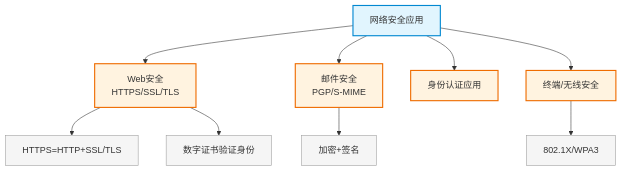
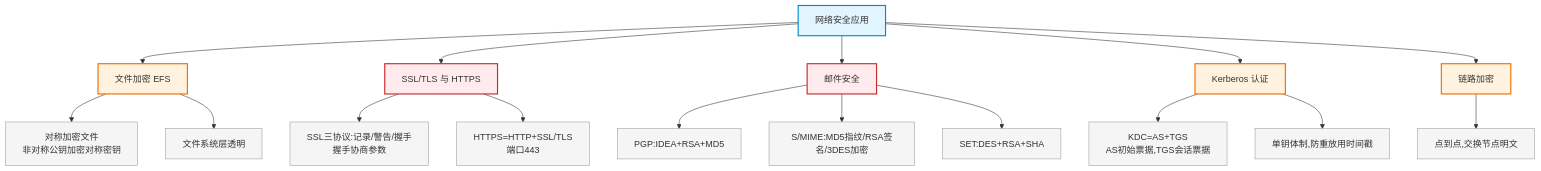
Before and after one commit to silverbulle/Network_Planning_and_Design: the diagram in network-security/23_security_applications.md, drawn with Mermaid. The commit also changed other lines of this file and 2 other files, not shown here.

````diff
--- a/network-security/23_security_applications.md
+++ b/network-security/23_security_applications.md
@@ -9,22 +8,40 @@
 ```mermaid
 flowchart TD
-    A["网络安全应用"] --> B["Web安全<br>HTTPS/SSL/TLS"]
-    A --> C["邮件安全<br>PGP/S-MIME"]
-    A --> D["身份认证应用"]
-    A --> E["终端/无线安全"]
+    A["网络安全应用"] --> B["文件加密 EFS"]
+    A --> C["SSL/TLS 与 HTTPS"]
+    A --> D["邮件安全"]
+    A --> E["Kerberos 认证"]
+    A --> F["链路加密"]
 
-    B --> B1["HTTPS=HTTP+SSL/TLS"]
-    B --> B2["数字证书验证身份"]
-    C --> C1["加密+签名"]
-    E --> E1["802.1X/WPA3"]
+    B --> B1["对称加密文件<br>非对称公钥加密对称密钥"]
+    B --> B2["文件系统层透明"]
+
+    C --> C1["SSL三协议:记录/警告/握手<br>握手协商参数"]
+    C --> C2["HTTPS=HTTP+SSL/TLS<br>端口443"]
+
+    D --> D1["PGP:IDEA+RSA+MD5"]
+    D --> D2["S/MIME:MD5指纹/RSA签名/3DES加密"]
+    D --> D3["SET:DES+RSA+SHA"]
+
+    E --> E1["KDC=AS+TGS<br>AS初始票据,TGS会话票据"]
+    E --> E2["单钥体制,防重放用时间戳"]
+
+    F --> F1["点到点,交换节点明文"]
 
     style A fill:#e1f5fe,stroke:#0288d1,stroke-width:2px
     style B fill:#fff3e0,stroke:#ef6c00,stroke-width:2px
-    style C fill:#fff3e0,stroke:#ef6c00,stroke-width:2px
-    style D fill:#fff3e0,stroke:#ef6c00,stroke-width:2px
+    style C fill:#ffebee,stroke:#c62828,stroke-width:2px
+    style D fill:#ffebee,stroke:#c62828,stroke-width:2px
     style E fill:#fff3e0,stroke:#ef6c00,stroke-width:2px
+    style F fill:#fff3e0,stroke:#ef6c00,stroke-width:2px
     style B1 fill:#f5f5f5,stroke:#9e9e9e
     style B2 fill:#f5f5f5,stroke:#9e9e9e
     style C1 fill:#f5f5f5,stroke:#9e9e9e
+    style C2 fill:#f5f5f5,stroke:#9e9e9e
+    style D1 fill:#f5f5f5,stroke:#9e9e9e
+    style D2 fill:#f5f5f5,stroke:#9e9e9e
+    style D3 fill:#f5f5f5,stroke:#9e9e9e
     style E1 fill:#f5f5f5,stroke:#9e9e9e
+    style E2 fill:#f5f5f5,stroke:#9e9e9e
+    style F1 fill:#f5f5f5,stroke:#9e9e9e
 ```
````
